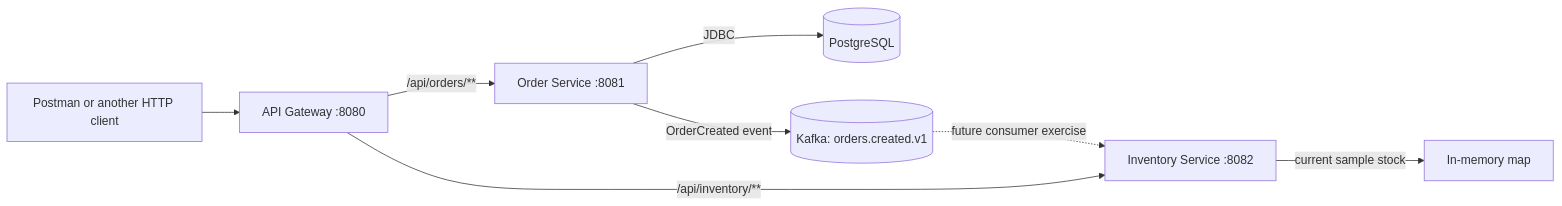
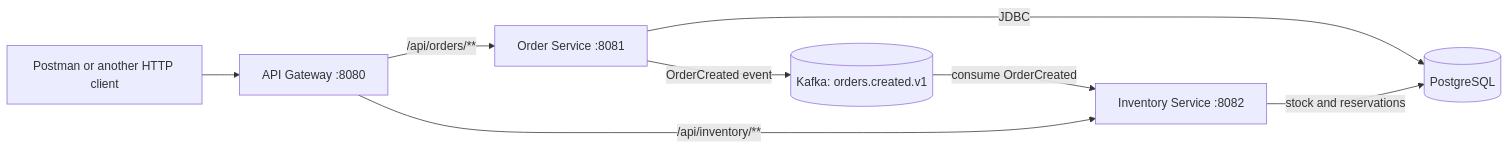
The first of 3 diagrams in docs/14-project-purpose-concepts-and-production-roadmap.md (XYZcoderr/shopsphere-backend), drawn with Mermaid before and after one commit. The commit also changed other lines of this file and 21 other files, not shown here.

First line of the commit message:
Add Kafka-driven inventory reservations

````diff
--- a/docs/14-project-purpose-concepts-and-production-roadmap.md
+++ b/docs/14-project-purpose-concepts-and-production-roadmap.md
@@ -29,10 +29,10 @@
 ```mermaid
 flowchart LR
   Client[Postman or another HTTP client] --> Gateway[API Gateway :8080]
   Gateway -->|/api/orders/**| Orders[Order Service :8081]
   Gateway -->|/api/inventory/**| Inventory[Inventory Service :8082]
   Orders -->|JDBC| Postgres[(PostgreSQL)]
   Orders -->|OrderCreated event| Kafka[(Kafka: orders.created.v1)]
-  Inventory -->|current sample stock| Memory[In-memory map]
-  Kafka -. future consumer exercise .-> Inventory
+  Kafka -->|consume OrderCreated| Inventory
+  Inventory -->|stock and reservations| Postgres
 ```
````
